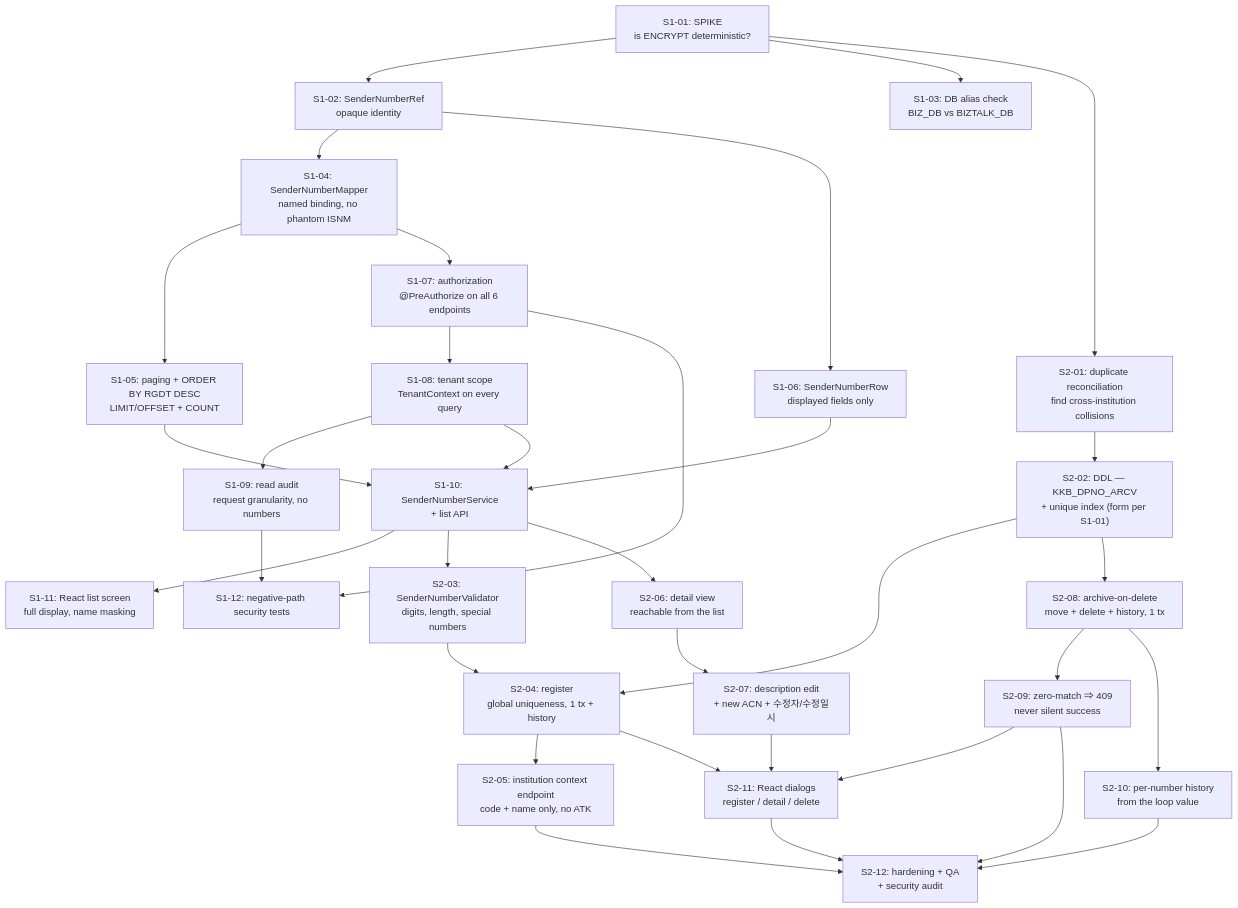
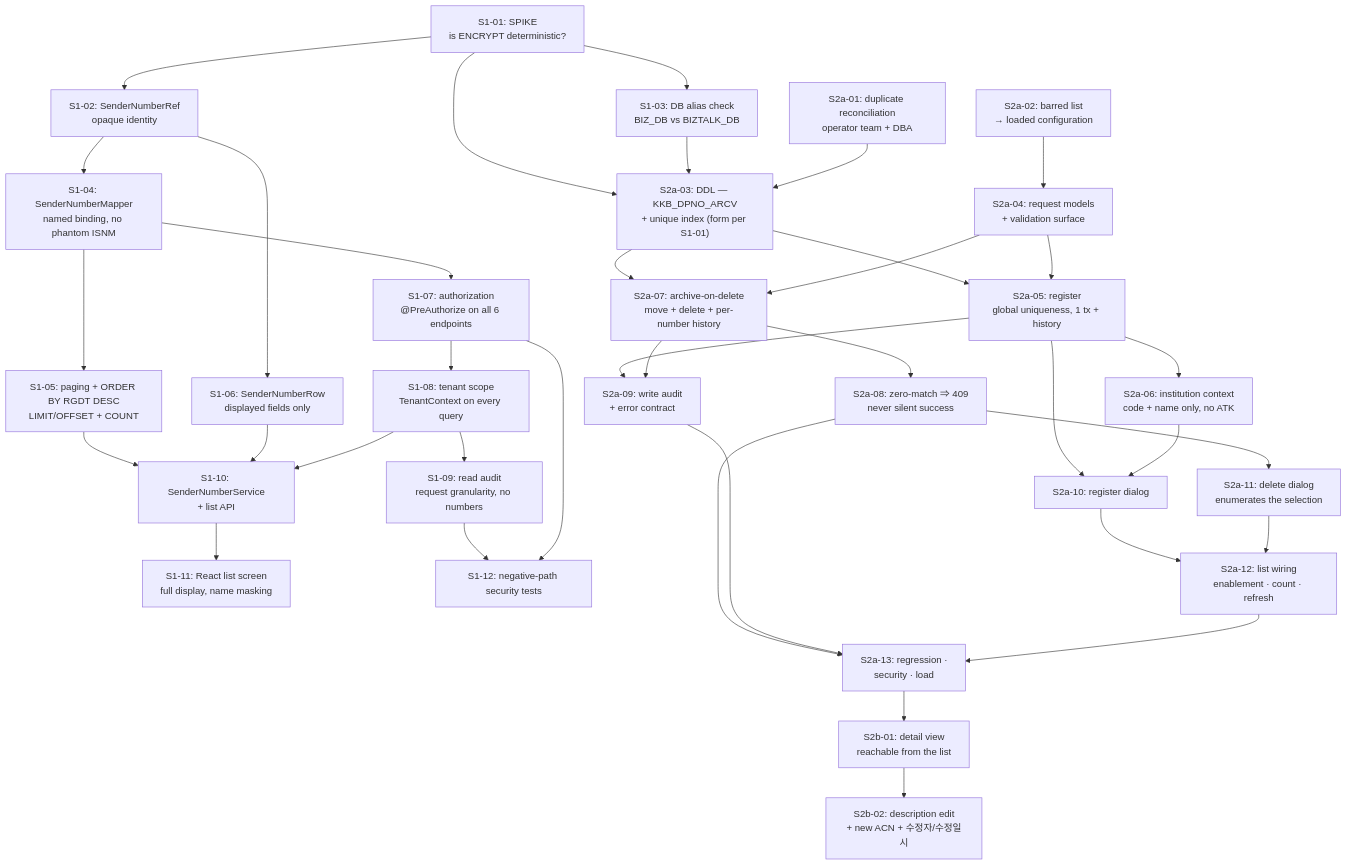
The diagram in docs/design/DEV-PLAN-SENDERNO.md (londara/kakaobiztalk_admin_v1), drawn with Mermaid before and after one commit. The commit also changed other lines of this file and 87 other files, not shown here.

````diff
--- a/docs/design/DEV-PLAN-SENDERNO.md
+++ b/docs/design/DEV-PLAN-SENDERNO.md
@@ -59,36 +79,41 @@
 ```mermaid
 flowchart TD
   s1a["S1-01: SPIKE<br/>is ENCRYPT deterministic?"] --> s1b["S1-02: SenderNumberRef<br/>opaque identity"]
   s1a --> s1c["S1-03: DB alias check<br/>BIZ_DB vs BIZTALK_DB"]
   s1b --> s1d["S1-04: SenderNumberMapper<br/>named binding, no phantom ISNM"]
   s1d --> s1e["S1-05: paging + ORDER BY RGDT DESC<br/>LIMIT/OFFSET + COUNT"]
   s1b --> s1f["S1-06: SenderNumberRow<br/>displayed fields only"]
   s1d --> s1g["S1-07: authorization<br/>@PreAuthorize on all 6 endpoints"]
   s1g --> s1h["S1-08: tenant scope<br/>TenantContext on every query"]
   s1h --> s1i["S1-09: read audit<br/>request granularity, no numbers"]
   s1e --> s1j["S1-10: SenderNumberService<br/>+ list API"]
   s1f --> s1j
   s1h --> s1j
   s1j --> s1k["S1-11: React list screen<br/>full display, name masking"]
   s1i --> s1l["S1-12: negative-path security tests"]
   s1g --> s1l
 
-  s1a --> s2a["S2-01: duplicate reconciliation<br/>find cross-institution collisions"]
-  s2a --> s2b["S2-02: DDL — KKB_DPNO_ARCV<br/>+ unique index (form per S1-01)"]
-  s1j --> s2c["S2-03: SenderNumberValidator<br/>digits, length, special numbers"]
-  s2b --> s2d["S2-04: register<br/>global uniqueness, 1 tx + history"]
-  s2c --> s2d
-  s2d --> s2e["S2-05: institution context endpoint<br/>code + name only, no ATK"]
-  s1j --> s2f["S2-06: detail view<br/>reachable from the list"]
-  s2f --> s2g["S2-07: description edit<br/>+ new ACN + 수정자/수정일시"]
-  s2b --> s2h["S2-08: archive-on-delete<br/>move + delete + history, 1 tx"]
-  s2h --> s2i["S2-09: zero-match ⇒ 409<br/>never silent success"]
-  s2h --> s2j["S2-10: per-number history<br/>from the loop value"]
-  s2d --> s2k["S2-11: React dialogs<br/>register / detail / delete"]
-  s2g --> s2k
-  s2i --> s2k
-  s2i --> s2l["S2-12: hardening + QA<br/>+ security audit"]
-  s2j --> s2l
-  s2k --> s2l
-  s2e --> s2l
+  s1a --> a03
+  s1c --> a03
+  a01["S2a-01: duplicate reconciliation<br/>operator team + DBA"] --> a03["S2a-03: DDL — KKB_DPNO_ARCV<br/>+ unique index (form per S1-01)"]
+  a02["S2a-02: barred list<br/>→ loaded configuration"] --> a04["S2a-04: request models<br/>+ validation surface"]
+  a03 --> a05["S2a-05: register<br/>global uniqueness, 1 tx + history"]
+  a04 --> a05
+  a03 --> a07["S2a-07: archive-on-delete<br/>move + delete + per-number history"]
+  a04 --> a07
+  a07 --> a08["S2a-08: zero-match ⇒ 409<br/>never silent success"]
+  a05 --> a06["S2a-06: institution context<br/>code + name only, no ATK"]
+  a05 --> a09["S2a-09: write audit<br/>+ error contract"]
+  a07 --> a09
+  a05 --> a10["S2a-10: register dialog"]
+  a06 --> a10
+  a08 --> a11["S2a-11: delete dialog<br/>enumerates the selection"]
+  a10 --> a12["S2a-12: list wiring<br/>enablement · count · refresh"]
+  a11 --> a12
+  a08 --> a13["S2a-13: regression ·<br/>security · load"]
+  a09 --> a13
+  a12 --> a13
+
+  a13 --> b01["S2b-01: detail view<br/>reachable from the list"]
+  b01 --> b02["S2b-02: description edit<br/>+ new ACN + 수정자/수정일시"]
 ```
````
